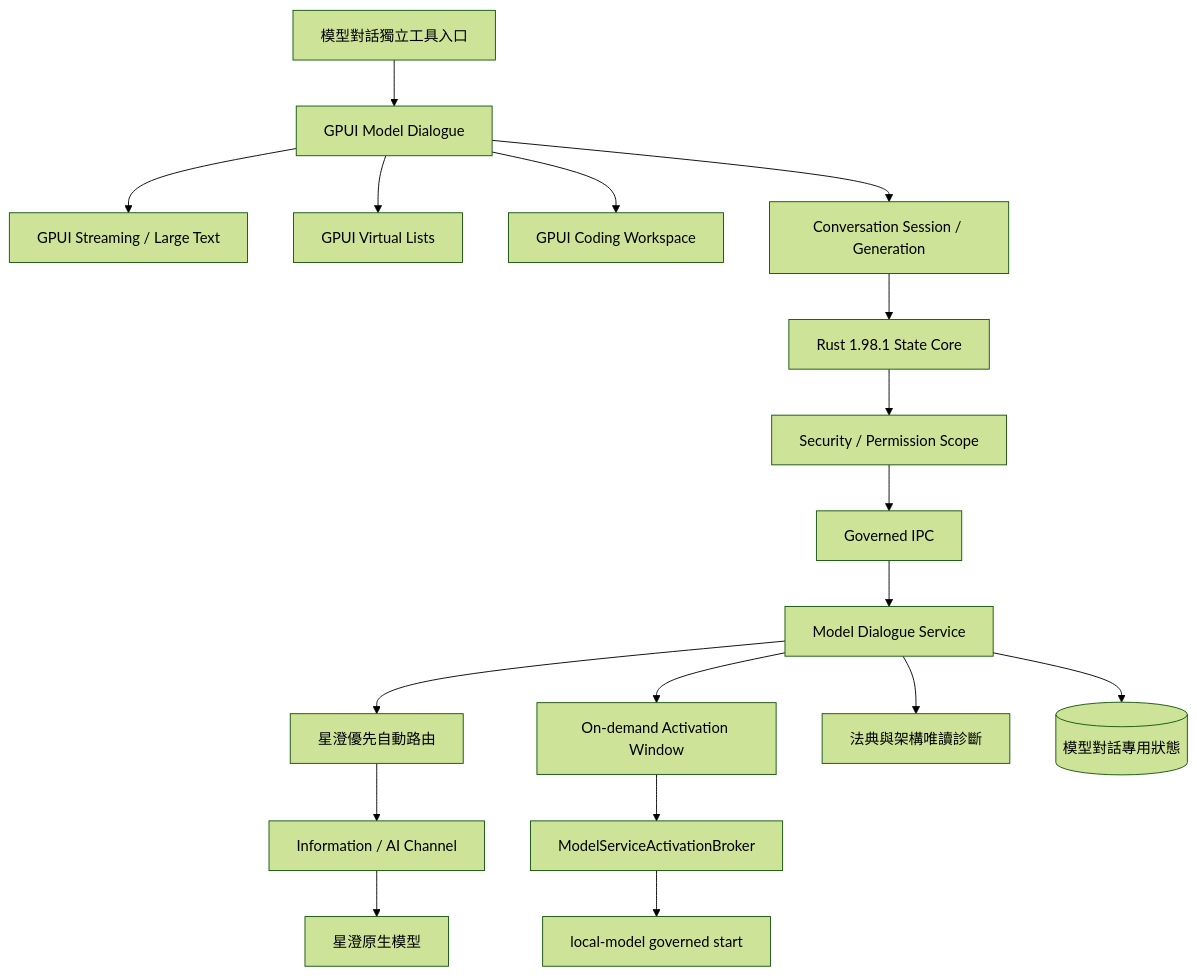
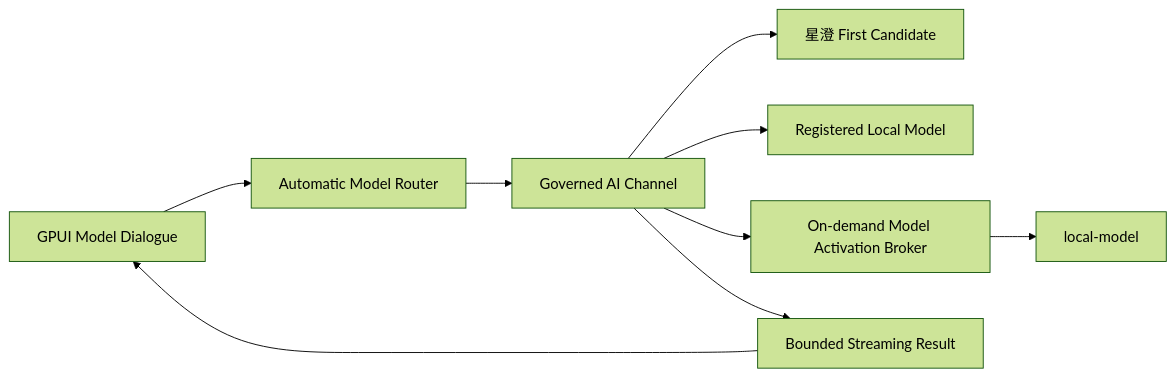
One commit to guilty442-source/GPTBridge changed the diagram in governance_rule/codex/architecture-tool-model-dialogue.md. Above: the diagram before and after it, drawn with Mermaid (forest theme). The commit also changed other lines of this file and 14 other files, not shown here.

Commit message:
codex sync 15:00:49Z: zh-TW mirror parts + architecture docs refreshed; formal rule evaluator codes renamed to canonical (_V1 suffix dropped; GO_RUST_NODE->GO_RUST_RUNTIME, JAX_PYTORCH->JAX_FRAMEWORK); release-dependencies pin

````diff
--- a/governance_rule/codex/architecture-tool-model-dialogue.md
+++ b/governance_rule/codex/architecture-tool-model-dialogue.md
@@ -3,20 +3,11 @@
 ```mermaid
-flowchart TB
-  ENTRY[模型對話獨立工具入口] --> GPUI[GPUI Model Dialogue]
-  GPUI --> STREAM[GPUI Streaming / Large Text]
-  GPUI --> VLIST[GPUI Virtual Lists]
-  GPUI --> CODE[GPUI Coding Workspace]
-  GPUI --> SESSION[Conversation Session / Generation]
-  SESSION --> RUST[Rust 1.98.1 State Core]
-  RUST --> SEC[Security / Permission Scope]
-  SEC --> IPC[Governed IPC]
-  IPC --> SERVICE[Model Dialogue Service]
-  SERVICE --> ROUTER[星澄優先自動路由]
-  ROUTER --> CHANNEL[Information / AI Channel]
-  CHANNEL --> XC[星澄原生模型]
-  SERVICE --> ACTIVATE[On-demand Activation Window]
-  ACTIVATE --> BROKER[ModelServiceActivationBroker]
-  BROKER --> LOCAL[local-model governed start]
-  SERVICE --> DIAG[法典與架構唯讀診斷]
-  SERVICE --> STATE[(模型對話專用狀態)]
+flowchart LR
+  UI[GPUI Model Dialogue] --> ROUTER[Automatic Model Router]
+  ROUTER --> INFO[Governed AI Channel]
+  INFO --> XC[星澄 First Candidate]
+  INFO --> OTHER[Registered Local Model]
+  INFO --> BROKER[On-demand Model Activation Broker]
+  BROKER --> LOCAL[local-model]
+  INFO --> STREAM[Bounded Streaming Result]
+  STREAM --> UI
 ```
````
